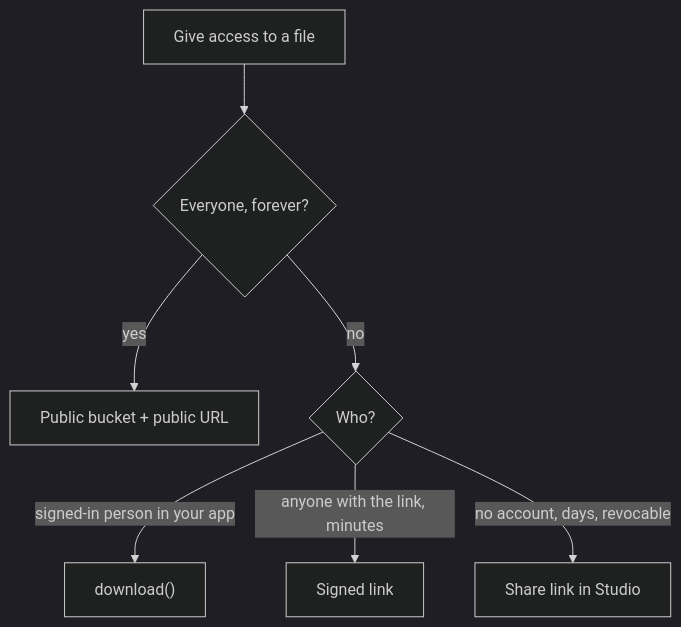
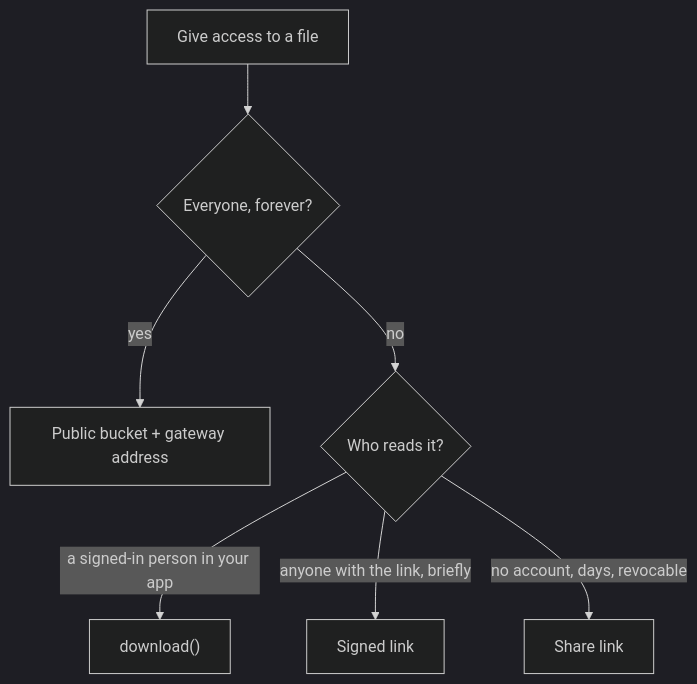
One commit to Pawabase/pawabase-docs changed the diagram in storage/urls-and-links.mdx. Above: the diagram before and after it, drawn with Mermaid (dark theme). The commit also changed other lines of this file and 9 other files, not shown here.

Commit message:
Storage: deeper upload, download, links, access and settings pages; correct refusal codes and signed-link settings

````diff
--- a/storage/urls-and-links.mdx
+++ b/storage/urls-and-links.mdx
@@ -58,9 +17,9 @@
 ```mermaid
 flowchart TD
   start[Give access to a file] --> pub{Everyone, forever?}
-  pub -->|yes| p["Public bucket + public URL"]
-  pub -->|no| who{Who?}
-  who -->|signed-in person in your app| d["download()"]
-  who -->|anyone with the link, minutes| s["Signed link"]
-  who -->|no account, days, revocable| sh["Share link in Studio"]
+  pub -->|yes| p["Public bucket + gateway address"]
+  pub -->|no| who{Who reads it?}
+  who -->|a signed-in person in your app| d["download()"]
+  who -->|anyone with the link, briefly| s["Signed link"]
+  who -->|no account, days, revocable| sh["Share link"]
 ```
````
